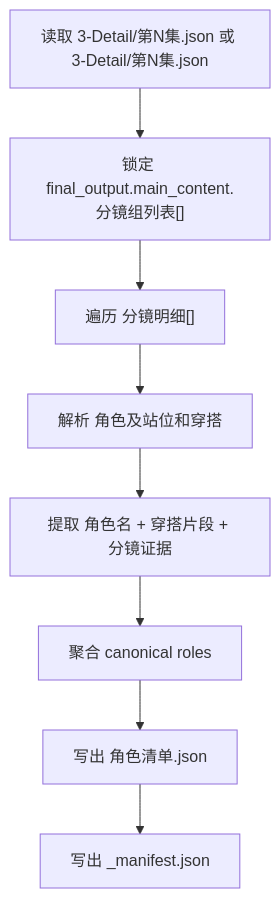
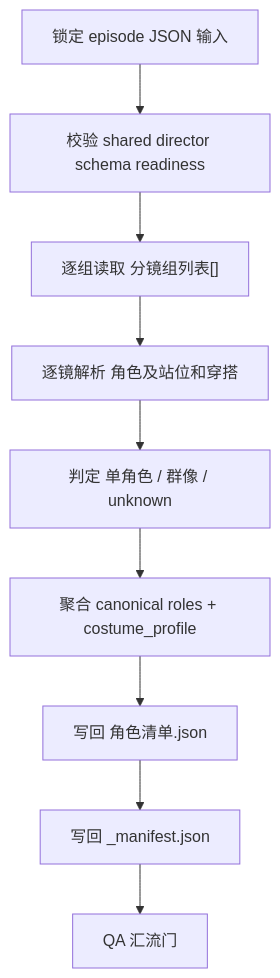
The first of 4 diagrams in .agents/skills/aigc/4-Design/2-角色/1-清单/SKILL.md (ZEN-VOID/AI-CUT), drawn with Mermaid before and after one commit. The commit also changed other lines of this file and 182 other files, not shown here.

````diff
--- a/.agents/skills/aigc/4-Design/2-角色/1-清单/SKILL.md
+++ b/.agents/skills/aigc/4-Design/2-角色/1-清单/SKILL.md
@@ -48,10 +115,11 @@
 ```mermaid
 flowchart TD
-    A["读取 3-Detail/第N集.json 或 3-Detail/第N集.json"] --> B["锁定 final_output.main_content.分镜组列表[]"]
-    B --> C["遍历 分镜明细[]"]
-    C --> D["解析 角色及站位和穿搭"]
-    D --> E["提取 角色名 + 穿搭片段 + 分镜证据"]
-    E --> F["聚合 canonical roles"]
-    F --> G["写出 角色清单.json"]
-    G --> H["写出 _manifest.json"]
+    A["锁定 episode JSON 输入"] --> B["校验 shared director schema readiness"]
+    B --> C["逐组读取 分镜组列表[]"]
+    C --> D["逐镜解析 角色及站位和穿搭"]
+    D --> E["判定 单角色 / 群像 / unknown"]
+    E --> F["聚合 canonical roles + costume_profile"]
+    F --> G["写回 角色清单.json"]
+    G --> H["写回 _manifest.json"]
+    H --> I["QA 汇流门"]
 ```
````
